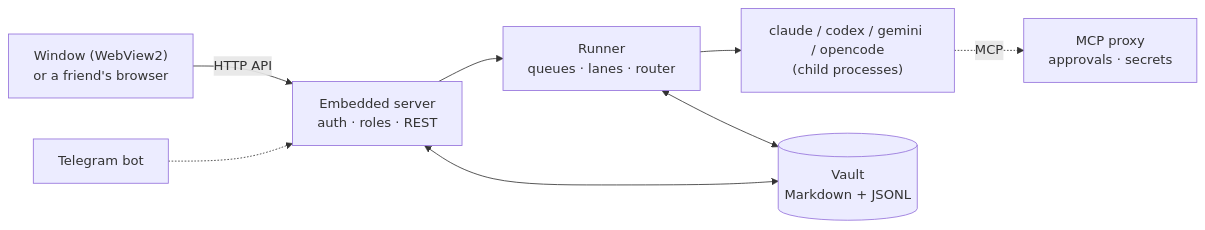
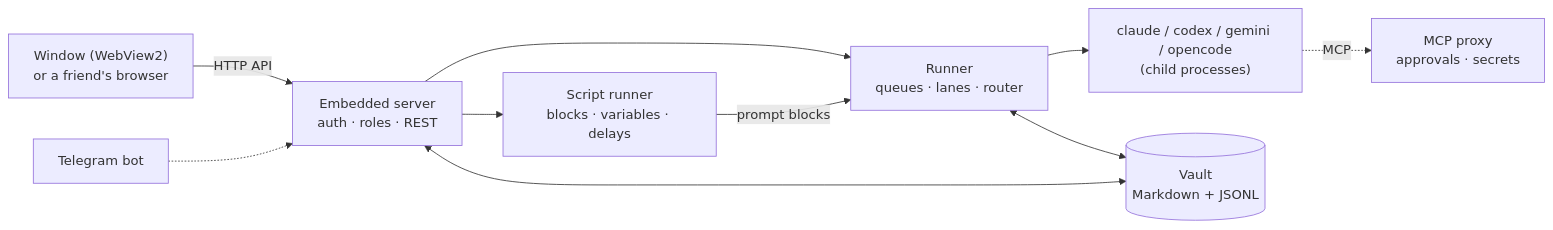
The first of 2 diagrams in README.md (mthnyuksek/Phantom_Co), drawn with Mermaid before and after one commit. The commit also changed other lines of this file and 5 other files, not shown here.

````diff
--- a/README.md
+++ b/README.md
@@ -73,10 +78,12 @@
 ```mermaid
 flowchart LR
     UI["Window (WebView2)<br/>or a friend's browser"] -->|HTTP API| Server["Embedded server<br/>auth · roles · REST"]
     TG["Telegram bot"] -.-> Server
     Server --> Runner["Runner<br/>queues · lanes · router"]
+    Server --> Scripts["Script runner<br/>blocks · variables · delays"]
+    Scripts -->|prompt blocks| Runner
     Runner --> CLI["claude / codex / gemini / opencode<br/>(child processes)"]
     CLI -.->|MCP| Proxy["MCP proxy<br/>approvals · secrets"]
     Server <--> Vault[("Vault<br/>Markdown + JSONL")]
     Runner <--> Vault
 ```
````
